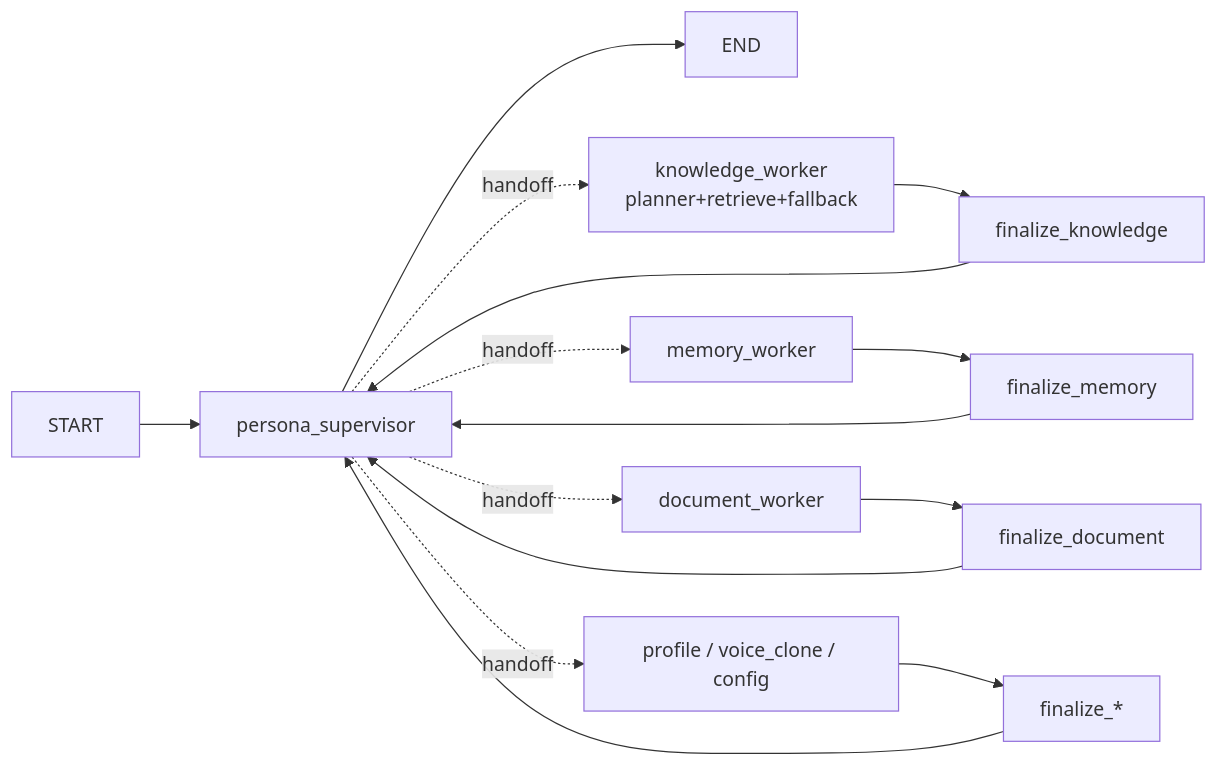
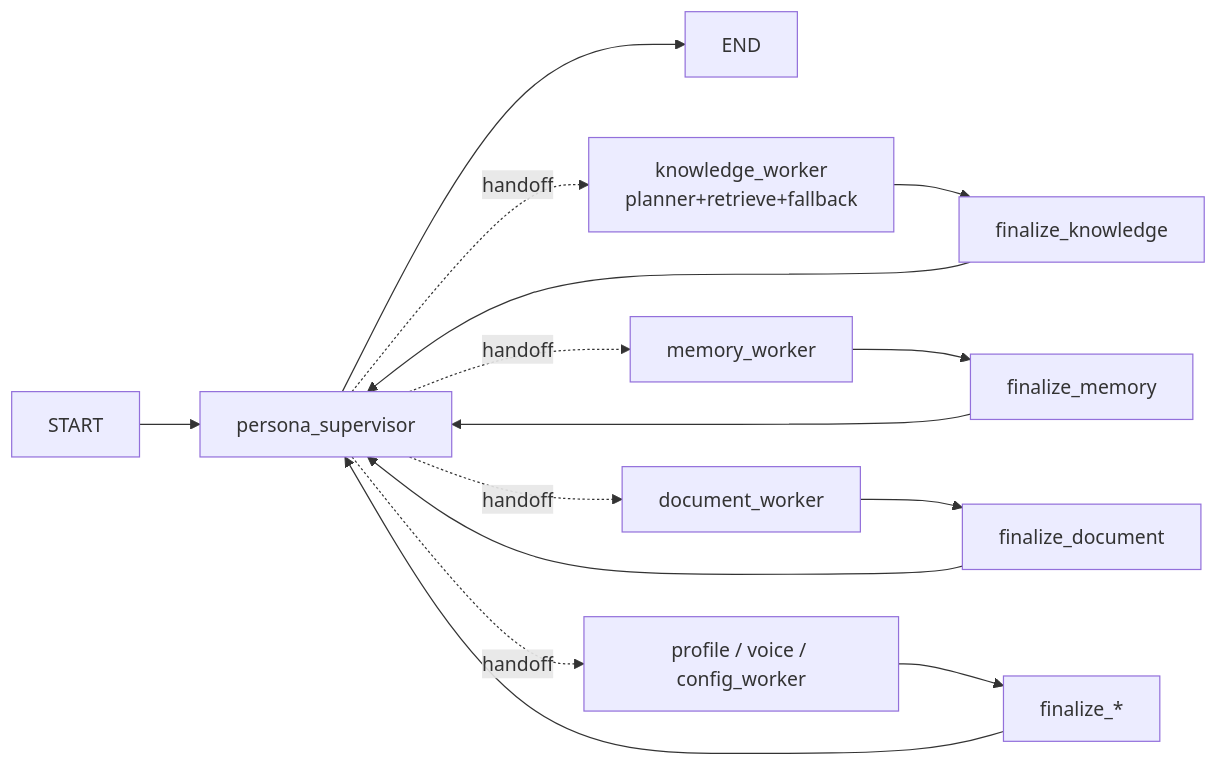
One commit to TKGEKKOU/yumeno changed the fourth of 12 diagrams in docs/architecture/YUMENO-project-deep-dive.md. Above: the diagram before and after it, drawn with Mermaid. The commit also changed other lines of this file and 22 other files, not shown here.

Commit message:
refactor: 内置稳定 Agent Runtime 并统一 config_worker

````diff
--- a/docs/architecture/YUMENO-project-deep-dive.md
+++ b/docs/architecture/YUMENO-project-deep-dive.md
@@ -303,13 +303,13 @@
 ```mermaid
 flowchart LR
     START --> SUP["persona_supervisor"]
     SUP --> END
     SUP -. handoff .-> K["knowledge_worker\nplanner+retrieve+fallback"]
     K --> FK["finalize_knowledge"] --> SUP
     SUP -. handoff .-> M["memory_worker"]
     M --> FM["finalize_memory"] --> SUP
     SUP -. handoff .-> D["document_worker"]
     D --> FD["finalize_document"] --> SUP
-    SUP -. handoff .-> P["profile / voice_clone / config"]
+    SUP -. handoff .-> P["profile / voice / config_worker"]
     P --> FP["finalize_*"] --> SUP
 ```
````
